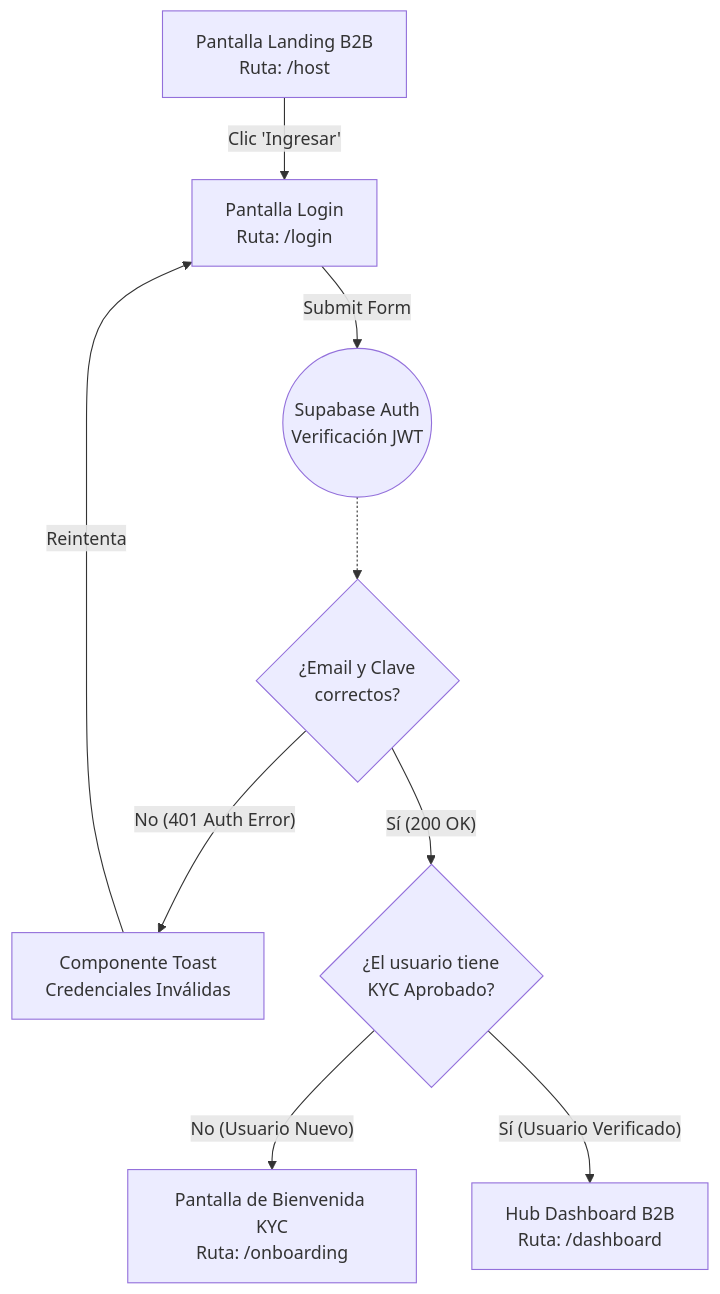
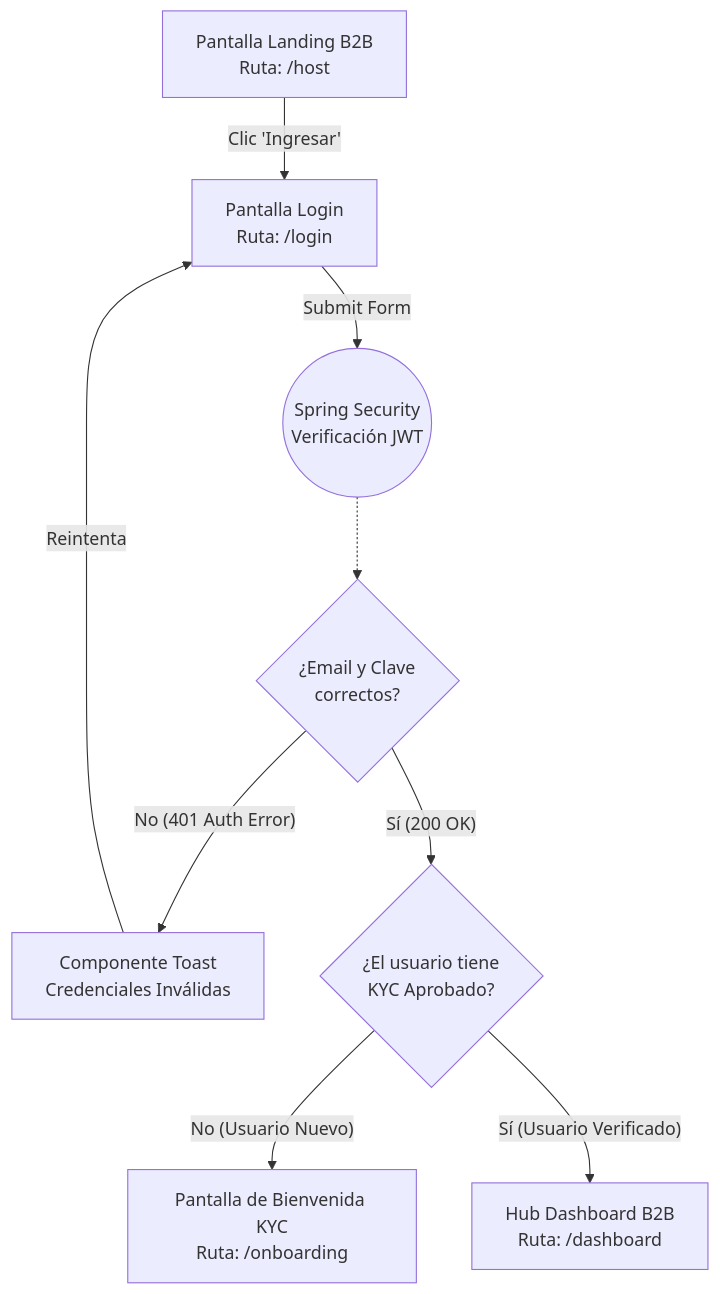
Before and after one commit to camilolayos54-dotcom/NosFuimosdeFinca: the first of 3 diagrams in docs/04-system-modeling/02.User_Flows_Task_Flows/modules/MOD-AUTH_flows.md, drawn with Mermaid. The commit also changed 38 other files, not shown here.

````diff
--- a/docs/04-system-modeling/02.User_Flows_Task_Flows/modules/MOD-AUTH_flows.md
+++ b/docs/04-system-modeling/02.User_Flows_Task_Flows/modules/MOD-AUTH_flows.md
@@ -39,32 +39,32 @@
 ```mermaid
 flowchart TD
-    %% Nodos Cuadrados: Pantallas Físicas (Next.js)
+    %% Nodos Cuadrados: Pantallas Físicas (Spring Boot (Java))
     LandingUI[Pantalla Landing B2B<br>Ruta: /host]
     LoginUI[Pantalla Login<br>Ruta: /login]
     ToastErrorUI[Componente Toast<br>Credenciales Inválidas]
     DashboardUI[Hub Dashboard B2B<br>Ruta: /dashboard]
     OnboardingUI[Pantalla de Bienvenida KYC<br>Ruta: /onboarding]
     
     %% Nodos Redondeados: Backend Asíncrono
-    SupabaseDB((Supabase Auth<br>Verificación JWT))
+    SpringSecurityDB((Spring Security<br>Verificación JWT))
     
     %% Rombos: Evaluaciones Lógicas
     CredentialCheck{¿Email y Clave<br>correctos?}
     KYCCheck{¿El usuario tiene<br>KYC Aprobado?}
 
     %% Camino Feliz e Interacción
     LandingUI --> |Clic 'Ingresar'| LoginUI
-    LoginUI --> |Submit Form| SupabaseDB
+    LoginUI --> |Submit Form| SpringSecurityDB
     
     %% Respuesta de Base de Datos
-    SupabaseDB -.-> CredentialCheck
+    SpringSecurityDB -.-> CredentialCheck
     
     %% Unhappy Path (Credenciales)
     CredentialCheck -- No (401 Auth Error) --> ToastErrorUI
     ToastErrorUI --> |Reintenta| LoginUI
     
     %% Happy Path y Bifurcación KYC
     CredentialCheck -- Sí (200 OK) --> KYCCheck
     KYCCheck -- No (Usuario Nuevo) --> OnboardingUI
     KYCCheck -- Sí (Usuario Verificado) --> DashboardUI
 ```
````
